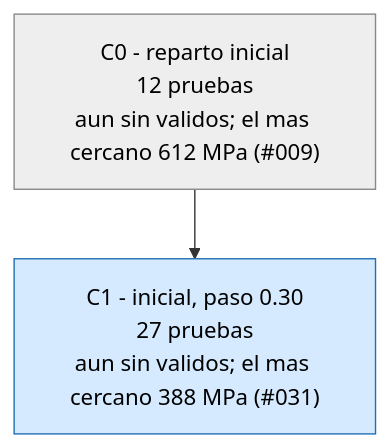
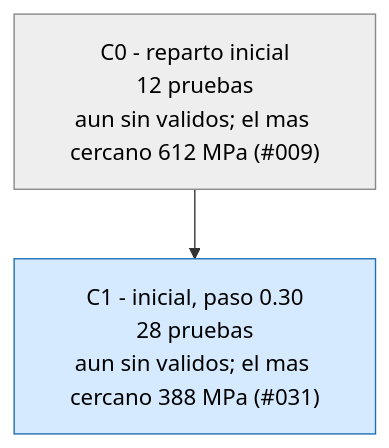
The third of 3 diagrams in runs/opt_37800N/ARBOL.md (Hugiko/msd-soporte-optimizacion), drawn with Mermaid before and after one commit. The commit also changed 19 other files, not shown here.

````diff
--- a/runs/opt_37800N/ARBOL.md
+++ b/runs/opt_37800N/ARBOL.md
@@ -43,9 +43,9 @@
 ```mermaid
 graph TD
 classDef activa fill:#d6eaff,stroke:#1f6fb5,color:#000
 classDef fin fill:#eeeeee,stroke:#888,color:#000
 classDef mejor fill:#c8f0c0,stroke:#1a9850,stroke-width:4px,color:#000
 C0["C0 - reparto inicial<br/>12 pruebas<br/>aun sin validos; el mas cercano 612 MPa (#009)"]:::fin
-C1["C1 - inicial, paso 0.30<br/>27 pruebas<br/>aun sin validos; el mas cercano 388 MPa (#031)"]:::activa
+C1["C1 - inicial, paso 0.30<br/>28 pruebas<br/>aun sin validos; el mas cercano 388 MPa (#031)"]:::activa
 C0 --> C1
 ```
````
